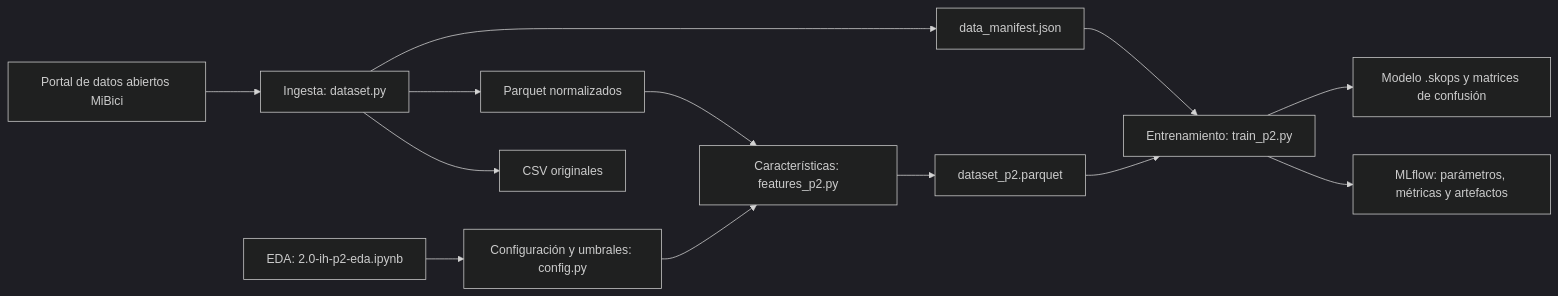
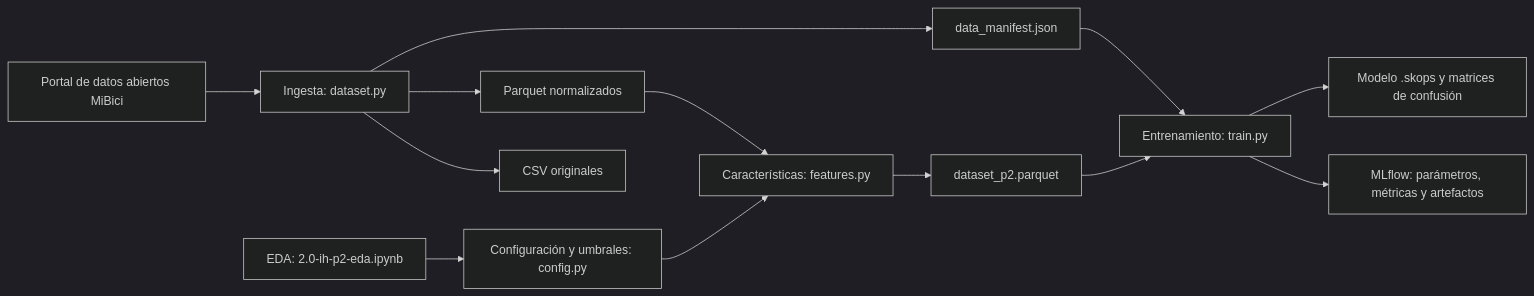
The diagram in README.md (arictamir/TC5061-Proyecto-Equipo51), drawn with Mermaid (dark theme) before and after one commit. The commit also changed other lines of this file and 6 other files, not shown here.

````diff
--- a/README.md
+++ b/README.md
@@ -98,18 +98,18 @@
 ```mermaid
 flowchart LR
     A[Portal de datos abiertos MiBici] --> B[Ingesta: dataset.py]
     B --> C[CSV originales]
     B --> D[Parquet normalizados]
     B --> E[data_manifest.json]
 
     K[EDA: 2.0-ih-p2-eda.ipynb] --> L[Configuración y umbrales: config.py]
 
-    D --> F[Características: features_p2.py]
+    D --> F[Características: features.py]
     L --> F
     F --> G[dataset_p2.parquet]
 
-    G --> H[Entrenamiento: train_p2.py]
+    G --> H[Entrenamiento: train.py]
     E --> H
     H --> I[MLflow: parámetros, métricas y artefactos]
     H --> J[Modelo .skops y matrices de confusión]
 ```
````
